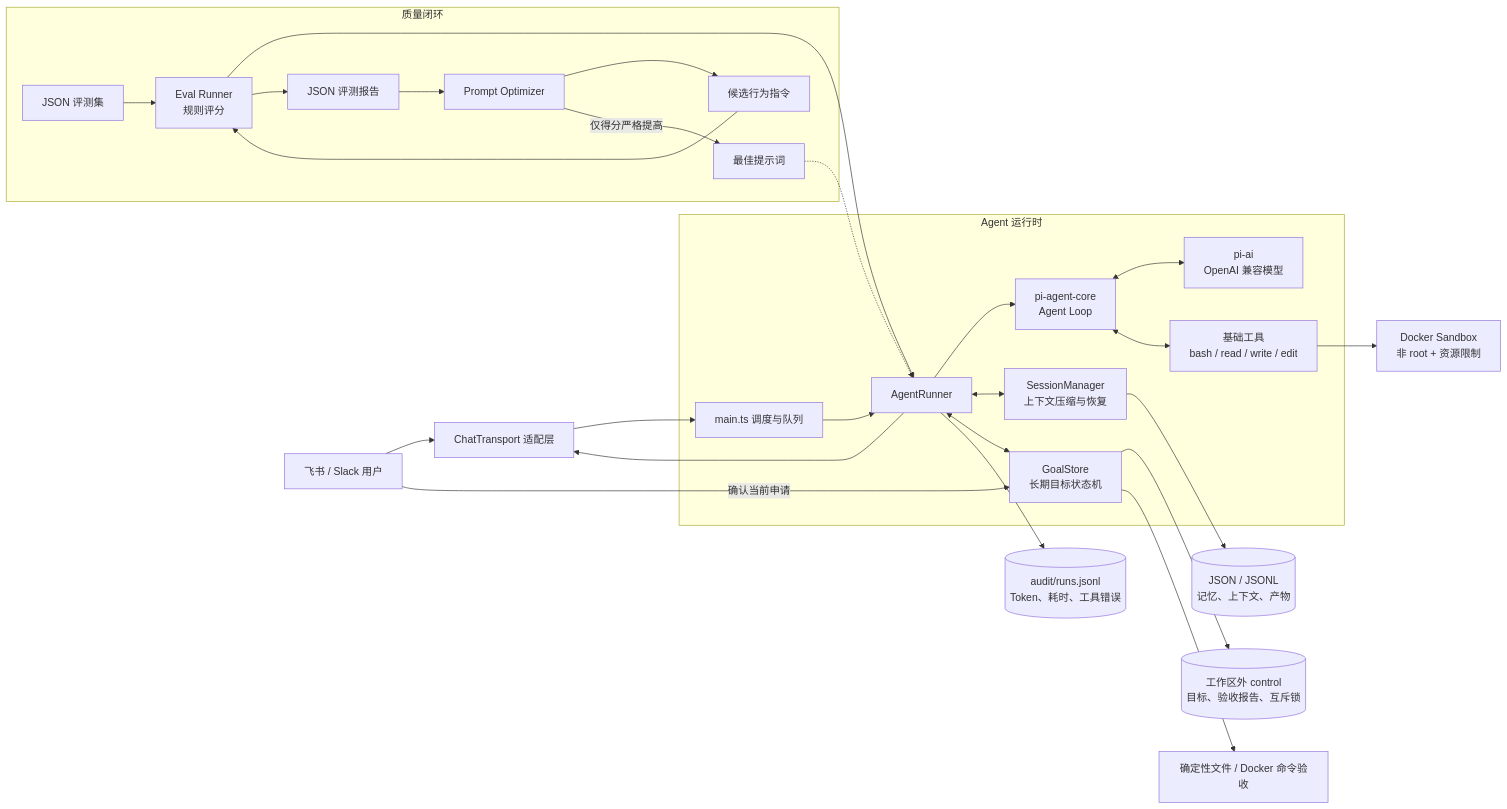
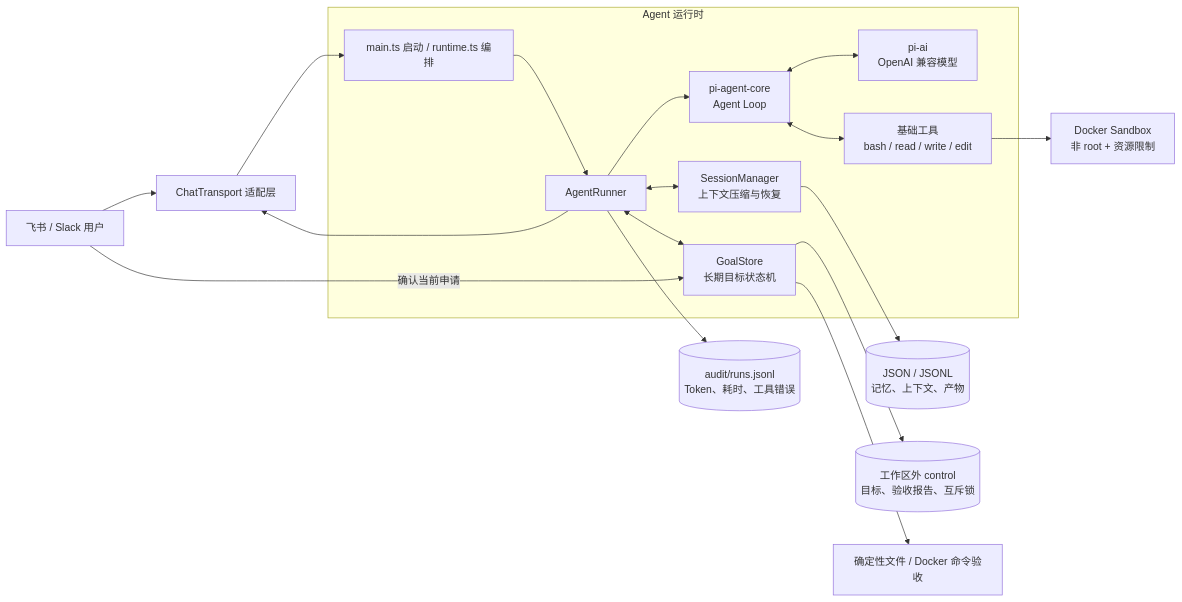
The diagram in packages/lightclaw/docs/architecture.zh-CN.md (Xxly959/Light-Claw), drawn with Mermaid before and after one commit. The commit also changed other lines of this file and 161 other files, not shown here.

````diff
--- a/packages/lightclaw/docs/architecture.zh-CN.md
+++ b/packages/lightclaw/docs/architecture.zh-CN.md
@@ -5,33 +5,24 @@
 ```mermaid
 flowchart LR
     User[飞书 / Slack 用户] --> Transport[ChatTransport 适配层]
-    Transport --> Main[main.ts 调度与队列]
+    Transport --> Main[main.ts 启动 / runtime.ts 编排]
 
     subgraph Runtime[Agent 运行时]
         Main --> Runner[AgentRunner]
         Runner --> Loop[pi-agent-core<br/>Agent Loop]
         Loop <--> Model[pi-ai<br/>OpenAI 兼容模型]
         Loop <--> Tools[基础工具<br/>bash / read / write / edit]
         Runner <--> Session[SessionManager<br/>上下文压缩与恢复]
         Runner <--> Goal[GoalStore<br/>长期目标状态机]
     end
 
     Tools --> Sandbox[Docker Sandbox<br/>非 root + 资源限制]
     Session --> Data[(JSON / JSONL<br/>记忆、上下文、产物)]
     Goal --> Control[(工作区外 control<br/>目标、验收报告、互斥锁)]
     Goal --> Verifier[确定性文件 / Docker 命令验收]
     User -->|确认当前申请| Goal
     Runner --> Audit[(audit/runs.jsonl<br/>Token、耗时、工具错误)]
     Runner --> Transport
 
-    subgraph Quality[质量闭环]
-        Dataset[JSON 评测集] --> Eval[Eval Runner<br/>规则评分]
-        Eval --> Runner
-        Eval --> Report[JSON 评测报告]
-        Report --> Optimizer[Prompt Optimizer]
-        Optimizer --> Candidates[候选行为指令]
-        Candidates --> Eval
-        Optimizer -->|仅得分严格提高| Prompt[最佳提示词]
-        Prompt -.-> Runner
-    end
+
 ```
````
